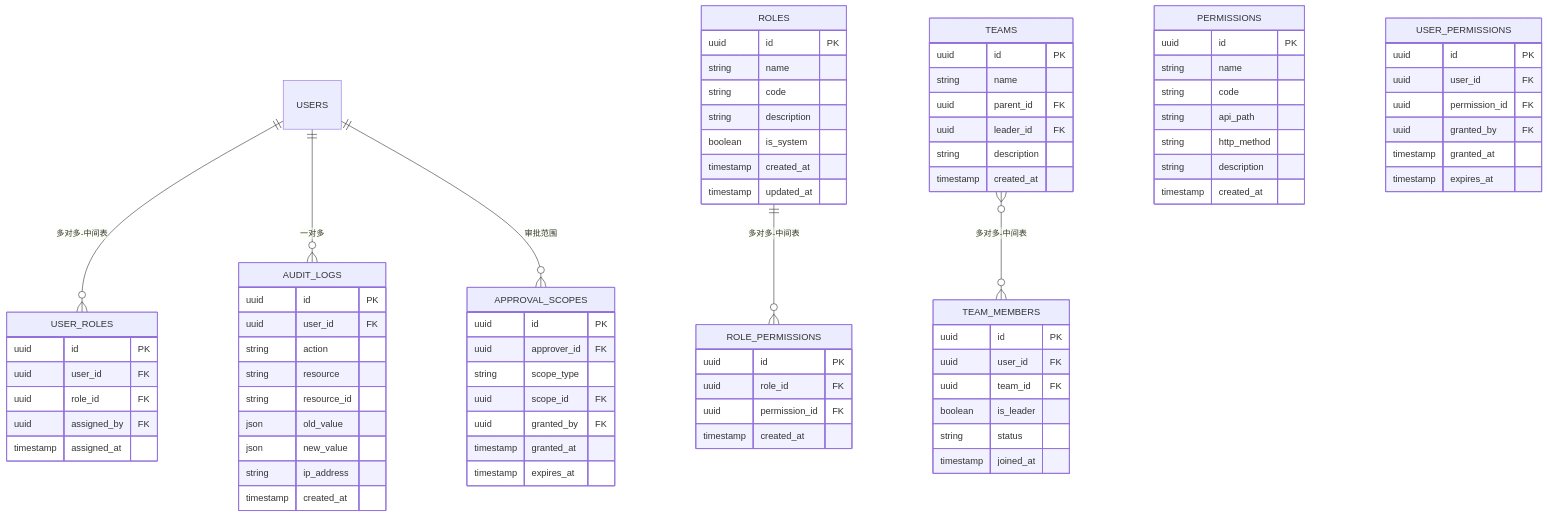
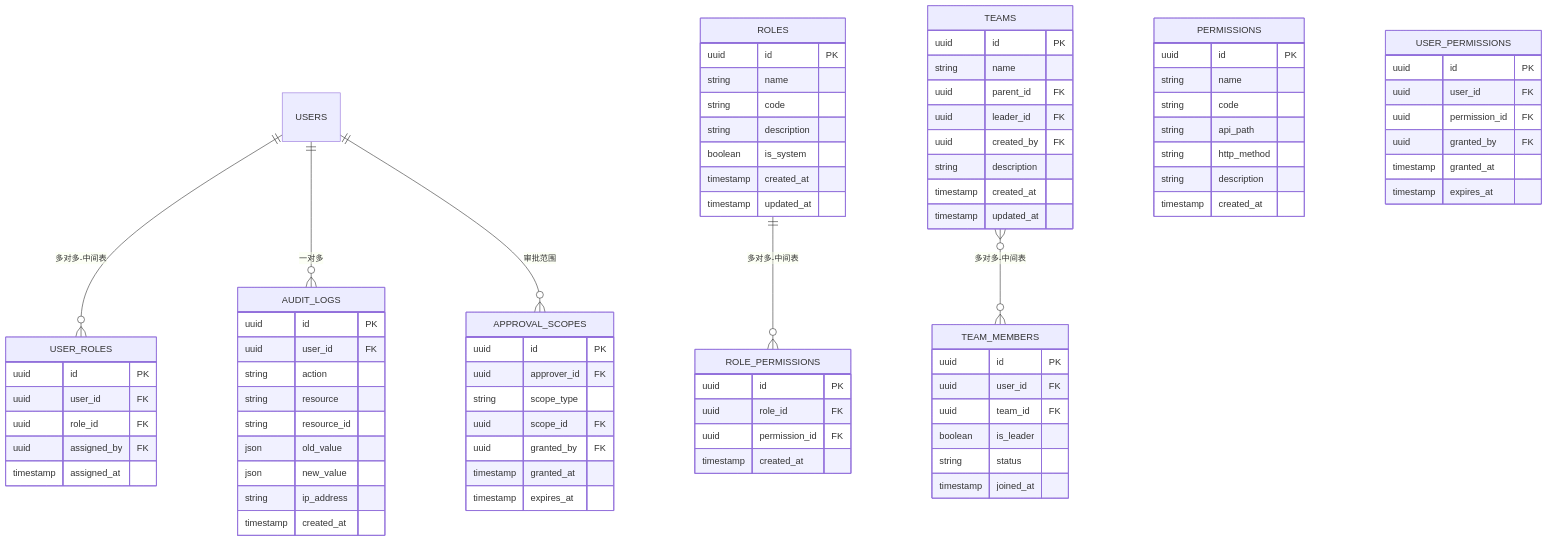
Before and after one commit to dayutech/Vuln-Audit-Lifecycle-Management: the eighth of 12 diagrams in docs/design/er_diagram.md, drawn with Mermaid. The commit also changed other lines of this file and 206 other files, not shown here.

```diff
--- a/docs/design/er_diagram.md
+++ b/docs/design/er_diagram.md
@@ -520,8 +548,10 @@
         string name
         uuid parent_id FK
         uuid leader_id FK
+        uuid created_by FK
         string description
         timestamp created_at
+        timestamp updated_at
     }
     
     TEAM_MEMBERS {
```
